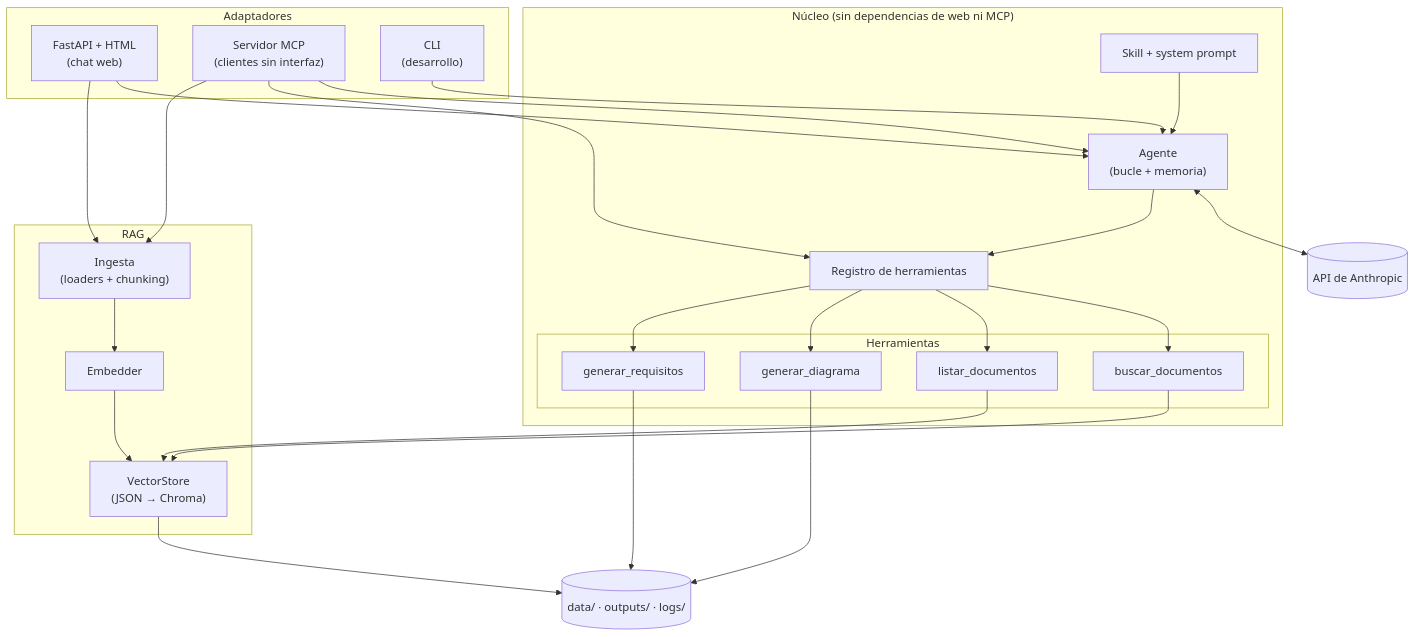
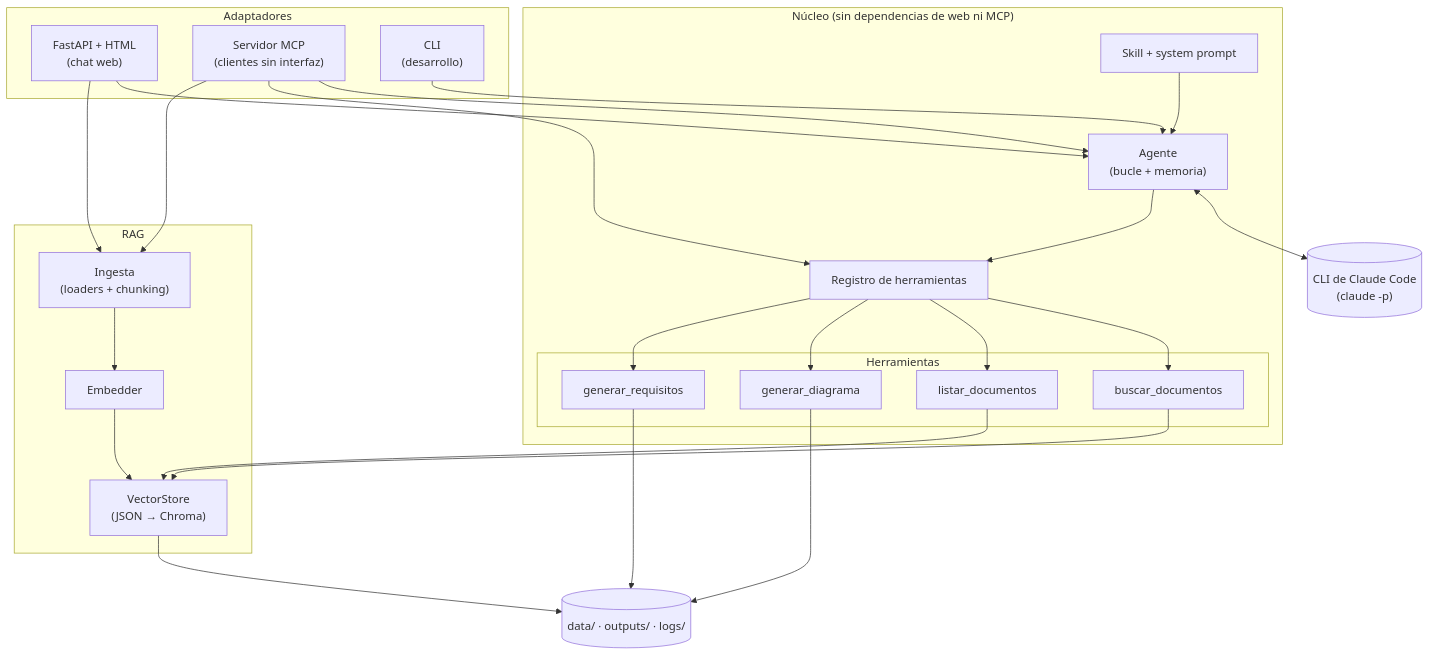
The first of 4 diagrams in docs/03-arquitectura.md (VictorMA18/AgentDocs), drawn with Mermaid before and after one commit. The commit also changed other lines of this file and 12 other files, not shown here.

First line of the commit message:
Sustituye la API key por el CLI de Claude Code (Haiku 5.5)

````diff
--- a/docs/03-arquitectura.md
+++ b/docs/03-arquitectura.md
@@ -7,46 +7,46 @@
 ```mermaid
 flowchart TB
     subgraph Adaptadores
         WEB["FastAPI + HTML<br/>(chat web)"]
         MCP["Servidor MCP<br/>(clientes sin interfaz)"]
         CLI["CLI<br/>(desarrollo)"]
     end
 
     subgraph Nucleo["Núcleo (sin dependencias de web ni MCP)"]
         AG["Agente<br/>(bucle + memoria)"]
         TR["Registro de herramientas"]
         SK["Skill + system prompt"]
         subgraph Tools["Herramientas"]
             T1["buscar_documentos"]
             T2["listar_documentos"]
             T3["generar_diagrama"]
             T4["generar_requisitos"]
         end
     end
 
     subgraph RAG
         ING["Ingesta<br/>(loaders + chunking)"]
         EMB["Embedder"]
         VS["VectorStore<br/>(JSON → Chroma)"]
     end
 
-    LLM[("API de Anthropic")]
+    LLM[("CLI de Claude Code<br/>(claude -p)")]
     FS[("data/ · outputs/ · logs/")]
 
     WEB --> AG
     MCP --> AG
     MCP --> TR
     CLI --> AG
     AG <--> LLM
     AG --> TR
     SK --> AG
     TR --> T1 & T2 & T3 & T4
     T1 --> VS
     T2 --> VS
     ING --> EMB --> VS
     WEB --> ING
     MCP --> ING
     T3 --> FS
     T4 --> FS
     VS --> FS
 ```
````
